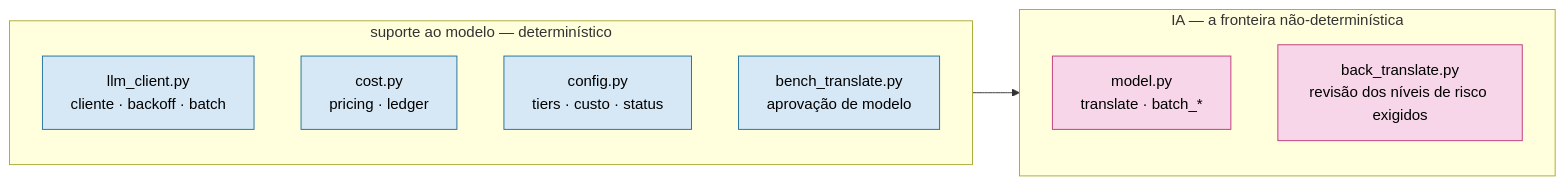
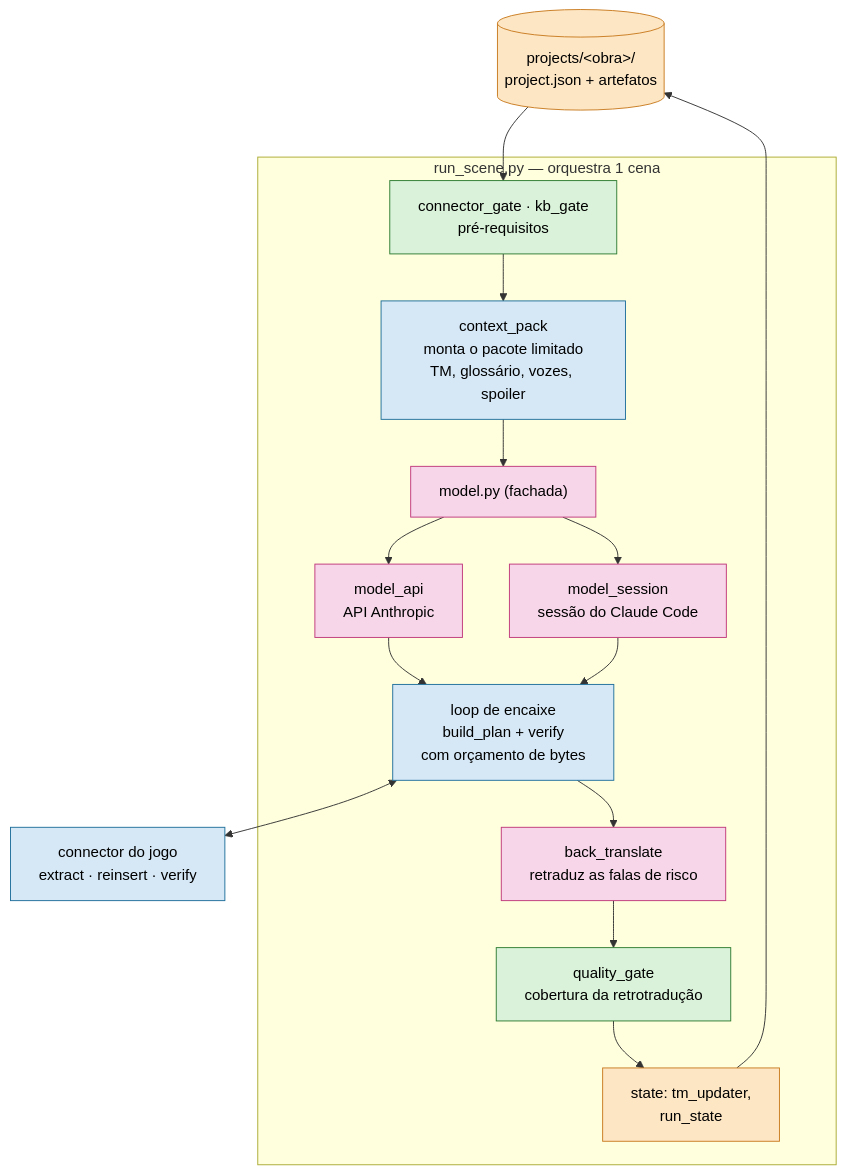
Before and after one commit to scudellerlemos/translation-cognition-framework: the first of 2 diagrams in framework/runtime/README.md, drawn with Mermaid. The commit also changed other lines of this file and 8 other files, not shown here.

Commit message:
docs(readme): reescreve os 9 READMEs com C4 em mermaid

````diff
--- a/framework/runtime/README.md
+++ b/framework/runtime/README.md
@@ -42,16 +8,28 @@
 ```mermaid
-flowchart LR
-  subgraph ia["IA — a fronteira não-determinística"]
-    tr["model.py<br/>translate · batch_*"]:::a
-    bt["back_translate.py<br/>revisão dos níveis de risco exigidos"]:::a
+flowchart TB
+  proj[("projects/&lt;obra&gt;/<br/>project.json + artefatos")]:::dado
+  subgraph rs["run_scene.py — orquestra 1 cena"]
+    cg["connector_gate · kb_gate<br/>pré-requisitos"]:::gate
+    cp["context_pack<br/>monta o pacote limitado<br/>TM, glossário, vozes, spoiler"]:::exe
+    mdl["model.py (fachada)"]:::ia
+    api["model_api<br/>API Anthropic"]:::ia
+    ses["model_session<br/>sessão do Claude Code"]:::ia
+    fit["loop de encaixe<br/>build_plan + verify<br/>com orçamento de bytes"]:::exe
+    bt["back_translate<br/>retraduz as falas de risco"]:::ia
+    qg["quality_gate<br/>cobertura da retrotradução"]:::gate
+    st["state: tm_updater,<br/>run_state"]:::dado
   end
-  subgraph det["suporte ao modelo — determinístico"]
-    client["llm_client.py<br/>cliente · backoff · batch"]:::d
-    cost["cost.py<br/>pricing · ledger"]:::d
-    cfg["config.py<br/>tiers · custo · status"]:::d
-    bench["bench_translate.py<br/>aprovação de modelo"]:::d
-  end
-  det --> ia
-  classDef a fill:#f6d6e8,stroke:#c0397b,color:#000;
-  classDef d fill:#d6e8f6,stroke:#1f6f9b,color:#000;
+  conn["connector do jogo<br/>extract · reinsert · verify"]:::exe
+  proj --> cg --> cp --> mdl
+  mdl --> api
+  mdl --> ses
+  api --> fit
+  ses --> fit
+  fit <--> conn
+  fit --> bt --> qg --> st
+  st --> proj
+  classDef ia fill:#f6d6e8,stroke:#c0397b,color:#000;
+  classDef dado fill:#fde6c4,stroke:#c97b1f,color:#000;
+  classDef exe fill:#d6e8f6,stroke:#1f6f9b,color:#000;
+  classDef gate fill:#d9f2d9,stroke:#2e7d32,color:#000;
 ```
````
